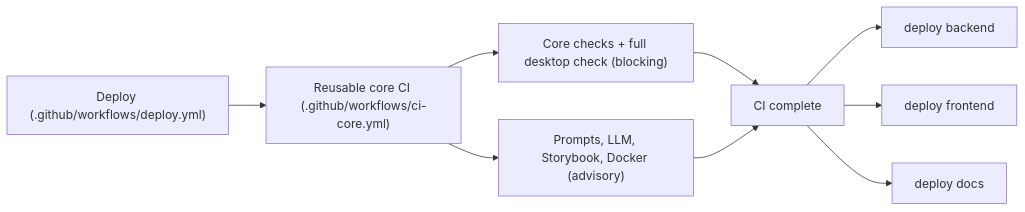
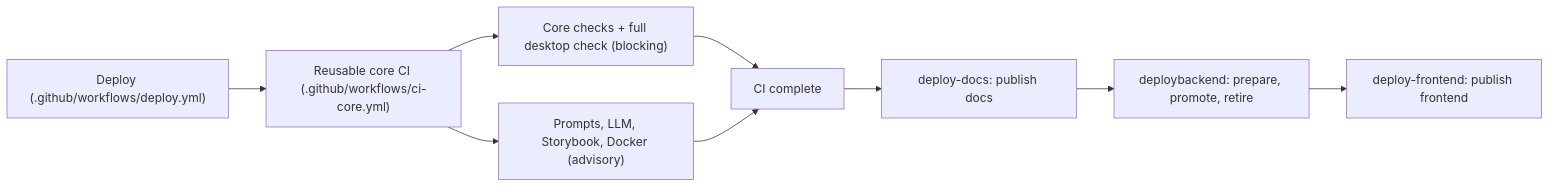
Before and after one commit to BASIC-BIT/meeting-notes-discord-bot: the fourth of 4 diagrams in README.md, drawn with Mermaid. The commit also changed other lines of this file and 99 other files, not shown here.

````diff
--- a/README.md
+++ b/README.md
@@ -135,11 +135,11 @@
 ```mermaid
 flowchart LR
   A["Deploy (.github/workflows/deploy.yml)"] --> B["Reusable core CI (.github/workflows/ci-core.yml)"]
   B --> C["Core checks + full desktop check (blocking)"]
   B --> D["Prompts, LLM, Storybook, Docker (advisory)"]
   C --> Z["CI complete"]
   D --> Z
-  Z --> L["deploy backend"]
-  Z --> J["deploy frontend"]
-  Z --> K["deploy docs"]
+  Z --> K["deploy-docs: publish docs"]
+  K --> L["deploybackend: prepare, promote, retire"]
+  L --> J["deploy-frontend: publish frontend"]
 ```
````
